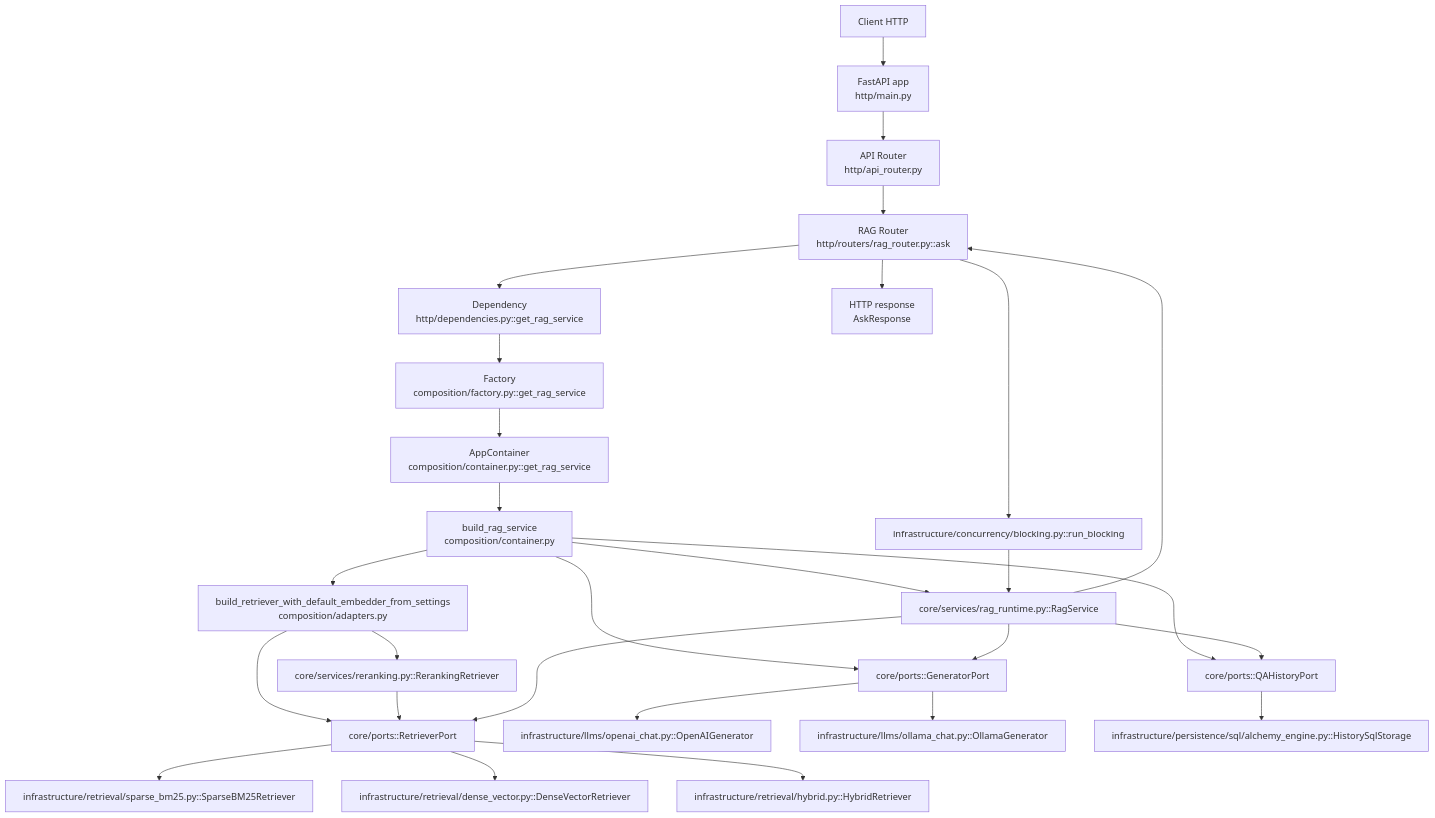
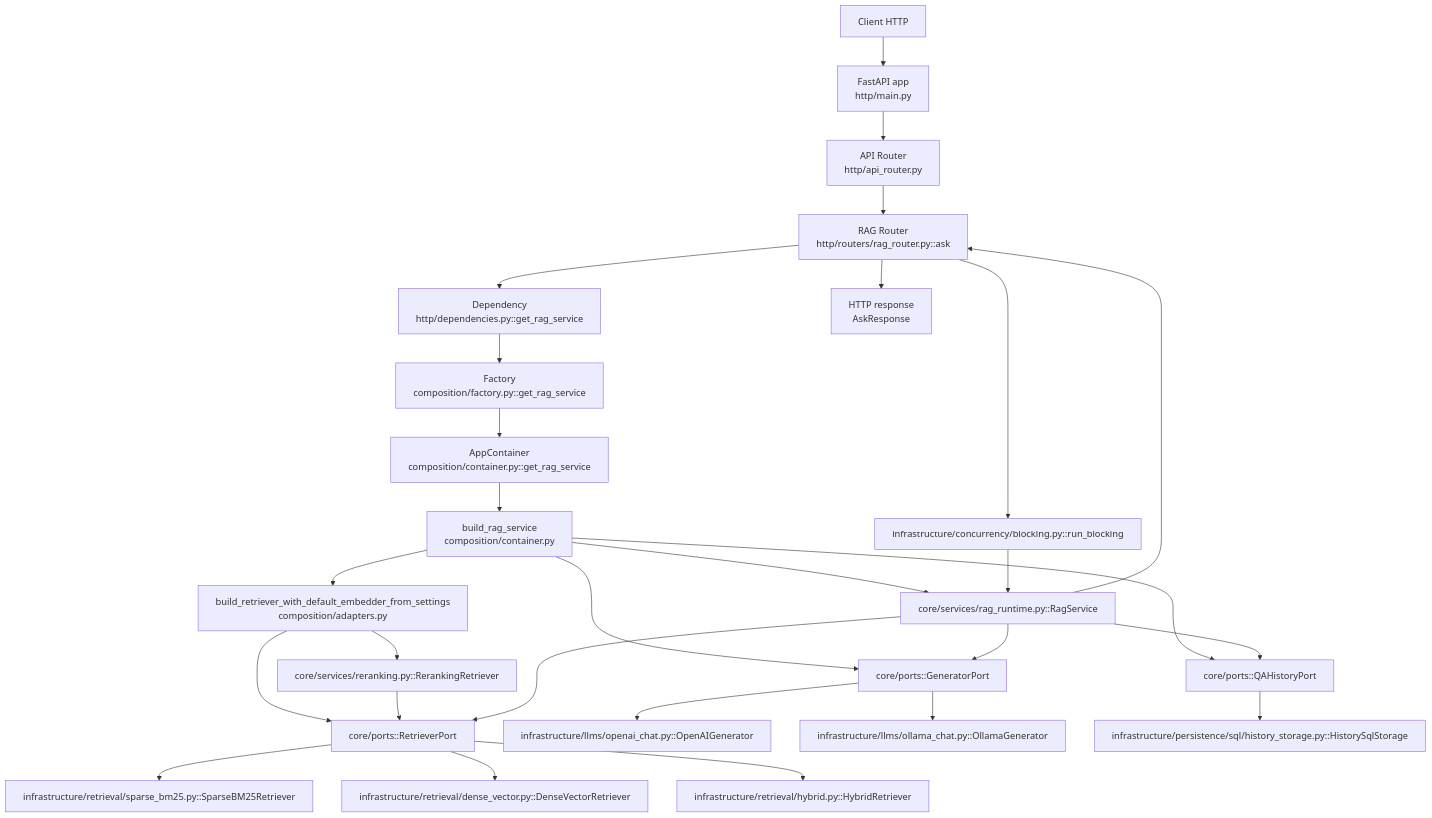
One commit to Intrinsical-AI/rag-prototype changed the first of 2 diagrams in README.md. Above: the diagram before and after it, drawn with Mermaid. The commit also changed other lines of this file and 3 other files, not shown here.

````diff
--- a/README.md
+++ b/README.md
@@ -84,36 +84,36 @@
 ```mermaid
 flowchart TD
     C[Client HTTP] --> M[FastAPI app\nhttp/main.py]
     M --> AR[API Router\nhttp/api_router.py]
     AR --> RR[RAG Router\nhttp/routers/rag_router.py::ask]
 
     RR --> D1[Dependency\nhttp/dependencies.py::get_rag_service]
     D1 --> F1[Factory\ncomposition/factory.py::get_rag_service]
     F1 --> AC[AppContainer\ncomposition/container.py::get_rag_service]
     AC --> BRS[build_rag_service\ncomposition/container.py]
 
     BRS --> RS[core/services/rag_runtime.py::RagService]
 
     BRS --> COMP[build_retriever_with_default_embedder_from_settings\ncomposition/adapters.py]
     COMP --> RP[core/ports::RetrieverPort]
     RP --> SBR[infrastructure/retrieval/sparse_bm25.py::SparseBM25Retriever]
     RP --> DFR[infrastructure/retrieval/dense_vector.py::DenseVectorRetriever]
     RP --> HR[infrastructure/retrieval/hybrid.py::HybridRetriever]
     COMP --> RER[core/services/reranking.py::RerankingRetriever]
     RER --> RP
 
     BRS --> GP[core/ports::GeneratorPort]
     GP --> OAI[infrastructure/llms/openai_chat.py::OpenAIGenerator]
     GP --> OLL[infrastructure/llms/ollama_chat.py::OllamaGenerator]
 
     BRS --> HP[core/ports::QAHistoryPort]
-    HP --> HSQL[infrastructure/persistence/sql/alchemy_engine.py::HistorySqlStorage]
+    HP --> HSQL[infrastructure/persistence/sql/history_storage.py::HistorySqlStorage]
 
     RR --> RB[infrastructure/concurrency/blocking.py::run_blocking]
     RB --> RS
     RS --> RP
     RS --> GP
     RS --> HP
     RS --> RR
     RR --> RESP[HTTP response\nAskResponse]
 ```
````
